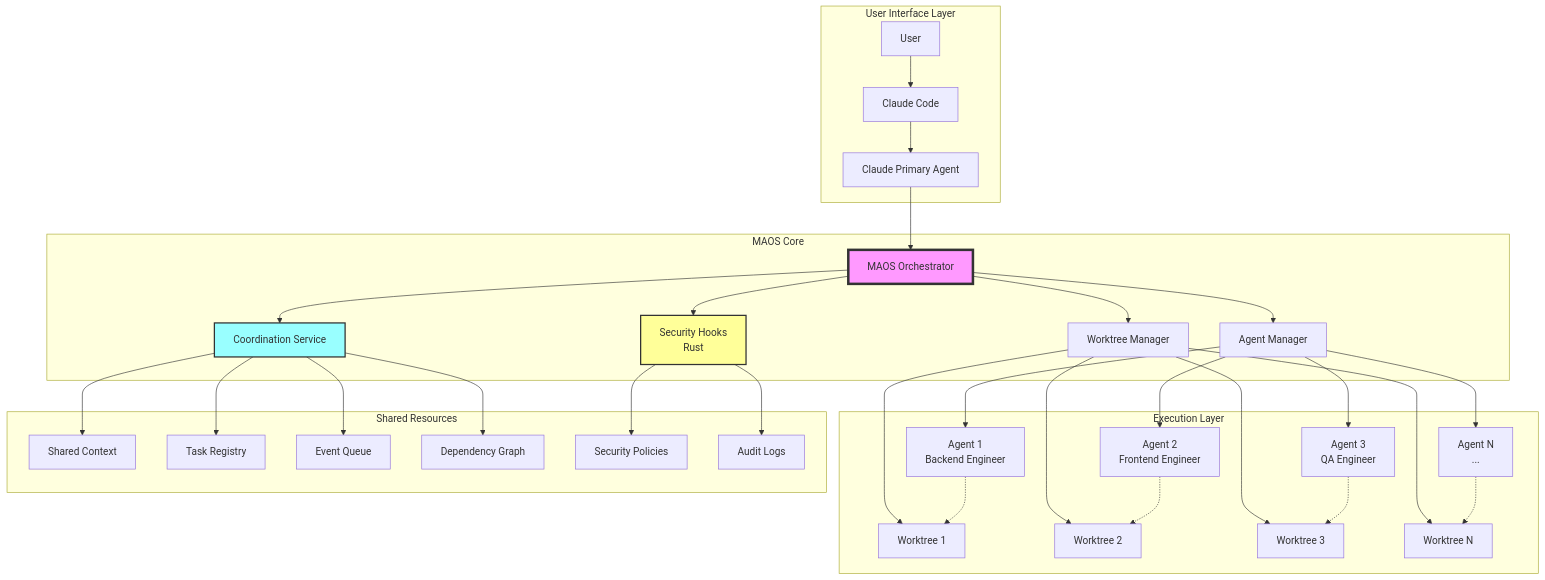
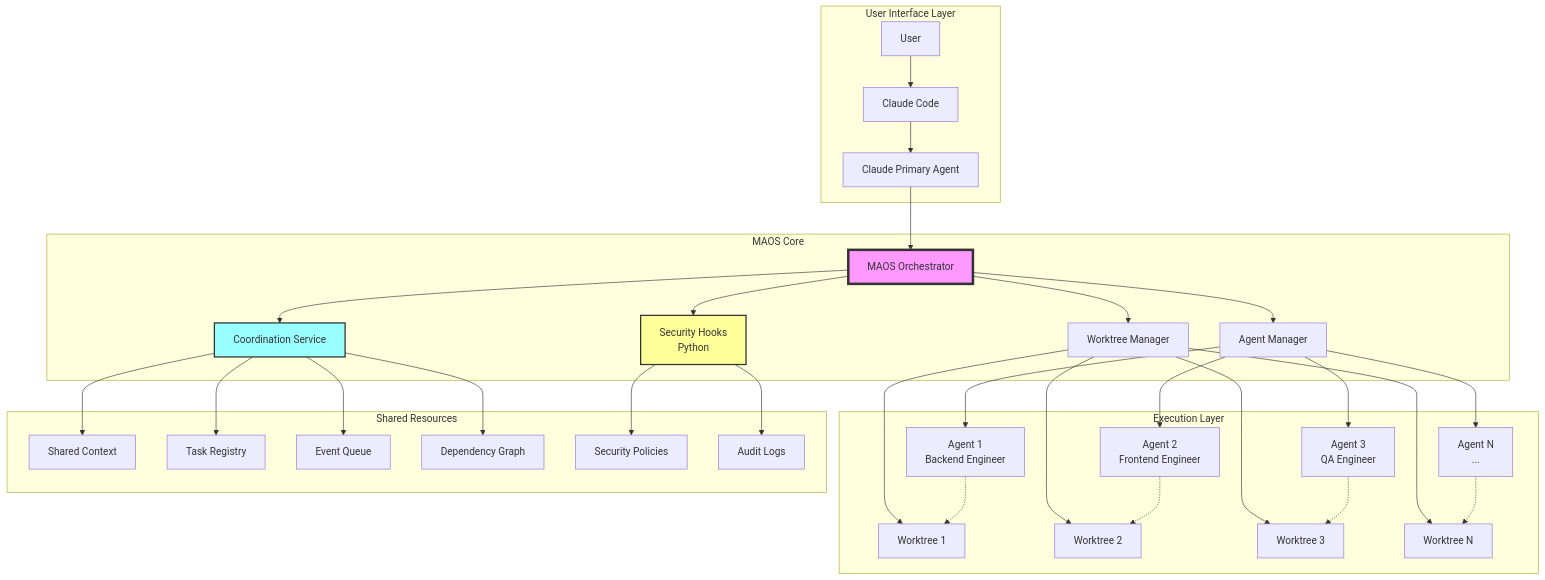
One commit to clafollett/maos changed the first of 9 diagrams in docs/architecture/diagrams/MAOS-Architecture-Diagrams.md. Above: the diagram before and after it, drawn with Mermaid. The commit also changed other lines of this file, not shown here.

First line of the commit message:
fix: update architecture diagrams from Rust to Python

````diff
--- a/docs/architecture/diagrams/MAOS-Architecture-Diagrams.md
+++ b/docs/architecture/diagrams/MAOS-Architecture-Diagrams.md
@@ -5,46 +5,46 @@
 ```mermaid
 graph TB
     subgraph "User Interface Layer"
         U[User] --> CC[Claude Code]
         CC --> CP[Claude Primary Agent]
     end
     
     subgraph "MAOS Core"
         CP --> MO[MAOS Orchestrator]
         MO --> AM[Agent Manager]
         MO --> WM[Worktree Manager]
         MO --> CS[Coordination Service]
-        MO --> SH[Security Hooks<br/>Rust]
+        MO --> SH[Security Hooks<br/>Python]
     end
     
     subgraph "Execution Layer"
         AM --> A1[Agent 1<br/>Backend Engineer]
         AM --> A2[Agent 2<br/>Frontend Engineer]
         AM --> A3[Agent 3<br/>QA Engineer]
         AM --> AN[Agent N<br/>...]
         
         WM --> W1[Worktree 1]
         WM --> W2[Worktree 2]
         WM --> W3[Worktree 3]
         WM --> WN[Worktree N]
         
         A1 -.-> W1
         A2 -.-> W2
         A3 -.-> W3
         AN -.-> WN
     end
     
     subgraph "Shared Resources"
         CS --> SC[Shared Context]
         CS --> TR[Task Registry]
         CS --> EQ[Event Queue]
         CS --> DG[Dependency Graph]
         
         SH --> SP[Security Policies]
         SH --> AL[Audit Logs]
     end
     
     style MO fill:#f9f,stroke:#333,stroke-width:4px
     style CS fill:#9ff,stroke:#333,stroke-width:2px
     style SH fill:#ff9,stroke:#333,stroke-width:2px
 ```
````
